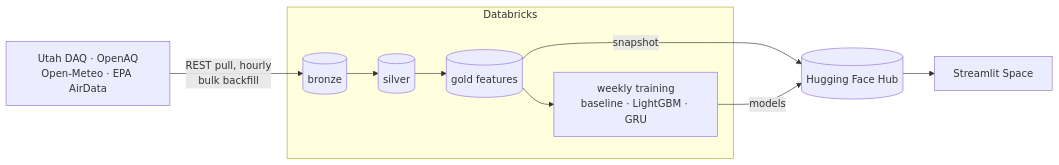
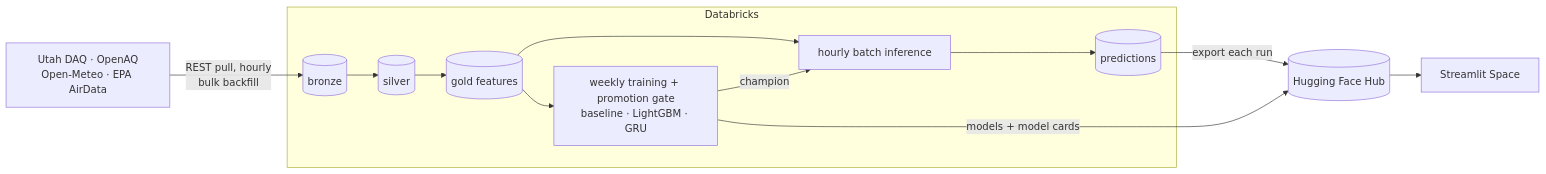
One commit to itstheryguy/aq_utah_project changed the diagram in README.md. Above: the diagram before and after it, drawn with Mermaid. The commit also changed other lines of this file and 1 other file, not shown here.

Commit message:
Design: batch inference, data model, monitoring, promotion gate
Switch to hourly batch inference with a stored predictions table, and add
data model, interfaces, backfill, monitoring, and weekly training with a
promotion gate to the design doc.

````diff
--- a/README.md
+++ b/README.md
@@ -14,11 +15,13 @@
 ```mermaid
 flowchart LR
     src["Utah DAQ · OpenAQ<br/>Open-Meteo · EPA AirData"] -- "REST pull, hourly<br/>bulk backfill" --> bronze
     subgraph dbx["Databricks"]
         bronze[("bronze")] --> silver[("silver")] --> gold[("gold features")]
-        gold --> train["weekly training<br/>baseline · LightGBM · GRU"]
+        gold --> score["hourly batch inference"] --> preds[("predictions")]
+        gold --> train["weekly training + promotion gate<br/>baseline · LightGBM · GRU"]
+        train -- "champion" --> score
     end
-    gold -- "snapshot" --> hf[("Hugging Face Hub")]
-    train -- "models" --> hf
+    preds -- "export each run" --> hf[("Hugging Face Hub")]
+    train -- "models + model cards" --> hf
     hf --> app["Streamlit Space"]
 ```
````
